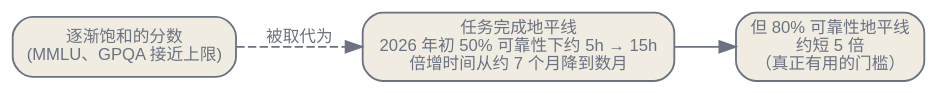
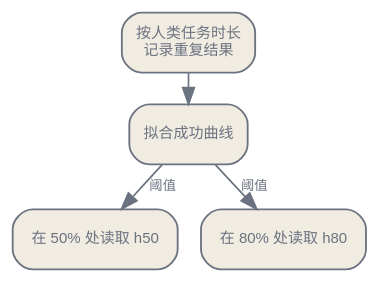
Before and after one commit to latere-ai/ai-as-an-infrastructure: the second of 4 diagrams in zh/frontiers/02-the-capability-horizon.qmd, drawn with Graphviz. The commit also changed other lines of this file and 2 other files, not shown here.

Commit message:
docs: rewrite Chinese capability horizon chapter

````diff
--- a/zh/frontiers/02-the-capability-horizon.qmd
+++ b/zh/frontiers/02-the-capability-horizon.qmd
@@ -11,18 +49,20 @@
 ```{dot}
-//| label: fig-horizon-trend
-//| fig-cap: "把前沿重构成一道地平线：一个模型能自主完成的任务有多长，快速上升，倍增时间同时缩短。头条是 50% 可靠性下的地平线；具有经济价值的 80% 地平线大约要短五倍，而这道差距正是核心约束。"
+//| label: fig-horizon-thresholds
+//| fig-cap: "同一条拟合成功曲线，在不同可靠性阈值下会给出不同的地平线。两者之比由拟合斜率决定，因此 50% 与 80% 地平线之间不存在普适倍数。"
 digraph {
   bgcolor="transparent";
-  rankdir=LR;
-  nodesep=0.4; ranksep=0.5;
-  node [shape=box, style="rounded,filled", fontname="Helvetica", fontsize=10, color="#6b7280", fontcolor="#6b7280", fillcolor="#f1ece1", penwidth=1.1];
-  edge [fontsize=10, fontname="Helvetica", color="#6b7280", fontcolor="#6b7280"];
+  rankdir=TB;
+  nodesep=0.2; ranksep=0.25;
+  node [shape=box, style="rounded,filled", fontname="Helvetica", fontsize=9, color="#6b7280", fontcolor="#6b7280", fillcolor="#f1ece1", penwidth=1.1];
+  edge [color="#6b7280", fontcolor="#6b7280", fontsize=8];
 
-  score [label="逐渐饱和的分数\n(MMLU、GPQA 接近上限)"];
-  horizon [label="任务完成地平线\n2026 年初 50% 可靠性下约 5h → 15h\n倍增时间从约 7 个月降到数月"];
-  gap [label="但 80% 可靠性地平线\n约短 5 倍\n（真正有用的门槛）"];
+  runs [label="按人类任务时长\n记录重复结果"];
+  fit [label="拟合成功曲线"];
+  h50 [label="在 50% 处读取 h50"];
+  h80 [label="在 80% 处读取 h80"];
 
-  score -> horizon [style=dashed, label="被取代为"];
-  horizon -> gap;
+  runs -> fit;
+  fit -> h50 [label="阈值"];
+  fit -> h80 [label="阈值"];
 }
 ```
````
